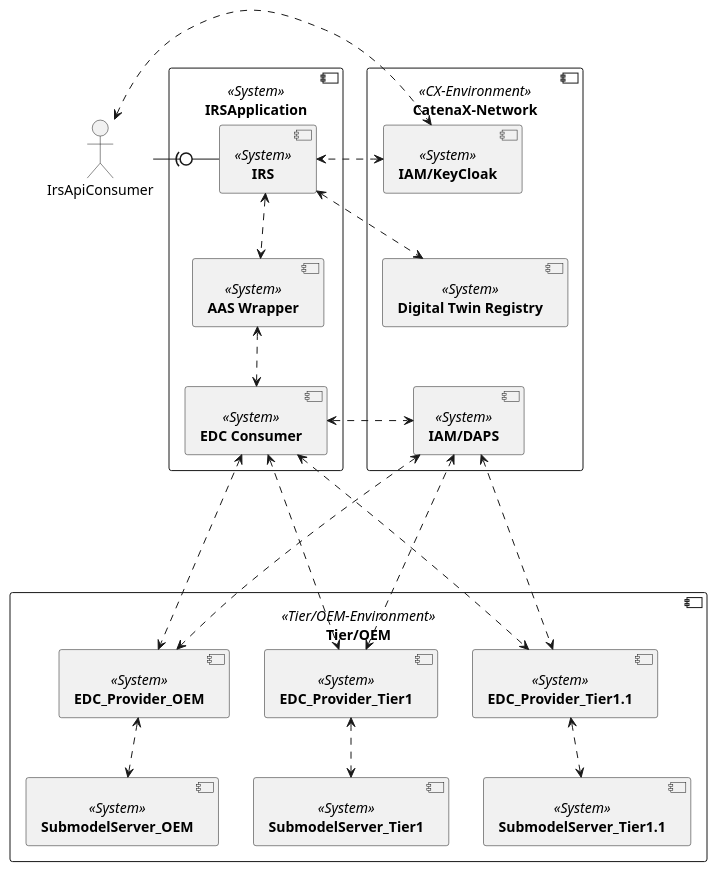
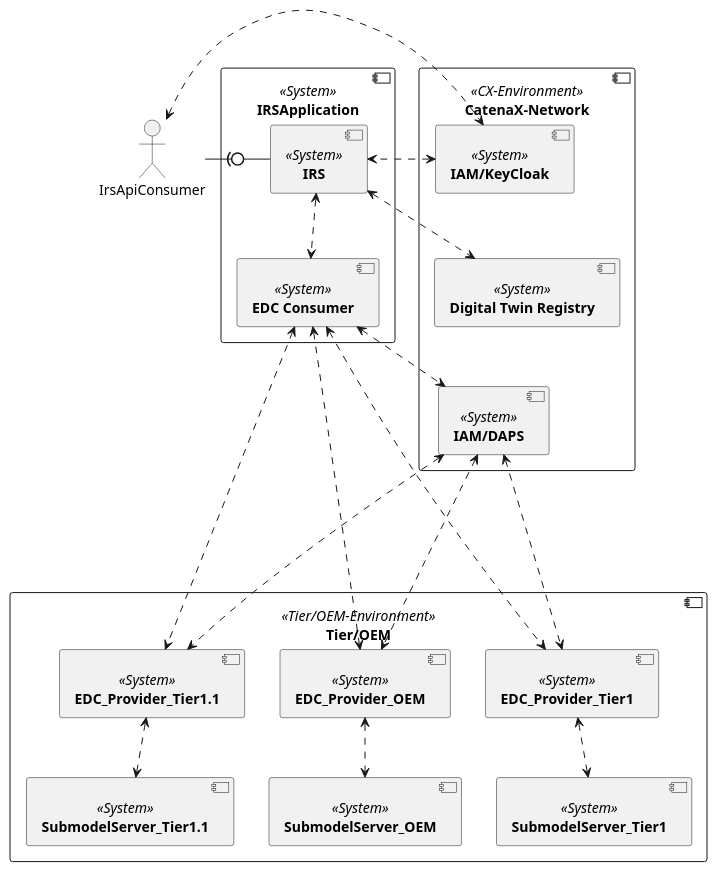
The diagram in docs/src/uml-diagrams/building-block-view/whitebox_overall.puml (eclipse-tractusx/item-relationship-service), drawn with PlantUML before and after one commit. The commit also changed other lines of this file and 4 other files, not shown here.

```diff
--- a/docs/src/uml-diagrams/building-block-view/whitebox_overall.puml
+++ b/docs/src/uml-diagrams/building-block-view/whitebox_overall.puml
@@ -5,52 +5,50 @@
 @startuml
 skinparam monochrome true
 skinparam shadowing false
 skinparam spacing 50
 
 
 component [**IRSApplication**] <<System>> {
 	component [**IRS**] <<System>> as IRS
-	component [**AAS Wrapper**] <<System>> as AAS_W
 	component [**EDC Consumer**] <<System>> as EDC
 
 }
 
 component [**CatenaX-Network**] <<CX-Environment>> {
     component [**IAM/KeyCloak**] <<System>> as IAM_IRS
     component [**Digital Twin Registry**] <<System>> as DT_REG
     component [**IAM/DAPS**] <<System>> as IAM_DAPS
     IAM_IRS --[hidden]> DT_REG
     DT_REG --[hidden]>  IAM_DAPS
 }
 
 component [**Tier/OEM**] <<Tier/OEM-Environment>> {
 
     component [**EDC_Provider_OEM**] <<System>> as EDCProviderOEM
     component [**EDC_Provider_Tier1**] <<System>> as EDCProviderTier1
     component [**EDC_Provider_Tier1.1**] <<System>> as EDCProviderTier11
     component [**SubmodelServer_OEM**] <<System>> as SubmodelServerOEM
     component [**SubmodelServer_Tier1**] <<System>> as SubmodelServerTier1
     component [**SubmodelServer_Tier1.1**] <<System>> as SubmodelServerTier11
 }
 
 
 actor IrsApiConsumer
 
 IrsApiConsumer -right(0- IRS
 IrsApiConsumer <.r.> IAM_IRS
-IRS <.d.> AAS_W
+IRS <.d.> EDC
 IRS <.l.> IAM_IRS
-AAS_W <..> EDC
 IRS <.> DT_REG
 EDC <..> IAM_DAPS
 EDC <..> EDCProviderOEM
 EDC <...> EDCProviderTier1
 EDC <....> EDCProviderTier11
 IAM_DAPS <..> EDCProviderOEM
 IAM_DAPS <...> EDCProviderTier1
 IAM_DAPS <....> EDCProviderTier11
 EDCProviderOEM <..> SubmodelServerOEM
 EDCProviderTier1 <..> SubmodelServerTier1
 EDCProviderTier11 <..> SubmodelServerTier11
 
 @enduml
```
